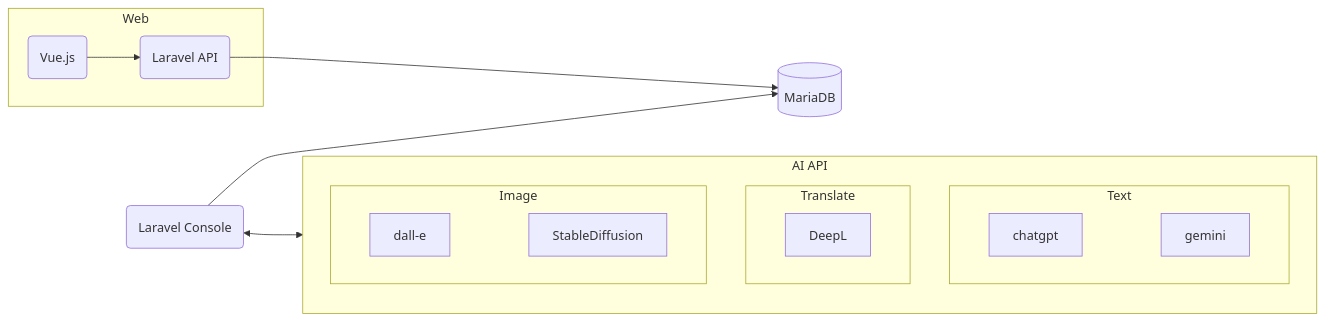
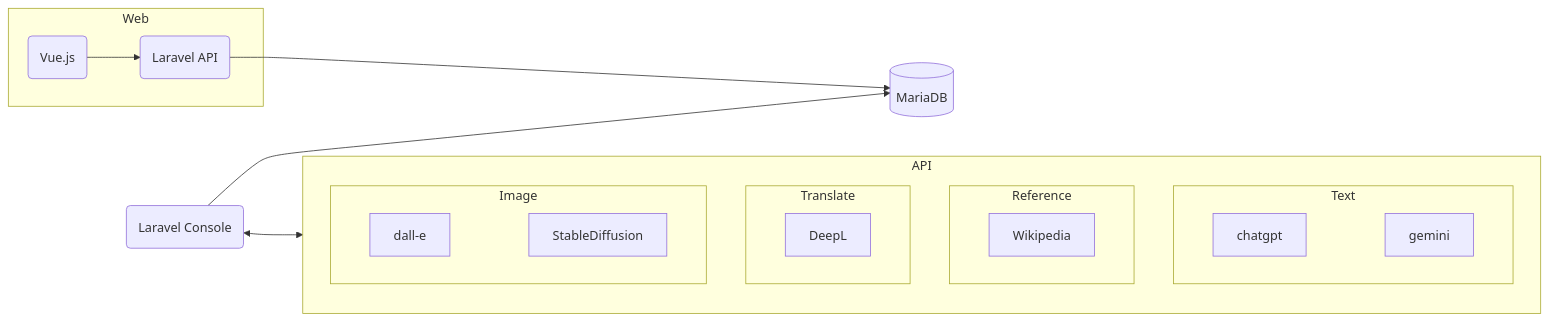
Before and after one commit to joyrswd/article: the first of 2 diagrams in README.md, drawn with Mermaid. The commit also changed other lines of this file and 5 other files, not shown here.

````diff
--- a/README.md
+++ b/README.md
@@ -38,28 +38,31 @@
 ```mermaid
 graph LR
 
-subgraph AI[AI API]
+subgraph AI[API]
     subgraph Text
         chatgpt
         ~~~gemini
+    end
+    subgraph Reference
+        Wikipedia
     end
     subgraph Translate
         DeepL
     end
     subgraph Image
         dall-e
         ~~~StableDiffusion
     end
 end
 
 Batch(Laravel Console)
 DB[(MariaDB)]
 
 subgraph Web
 Front(Vue.js) --> API(Laravel API)
 end
 
 Batch <--> AI
 Batch --> DB
 API --> DB
 ```
````
